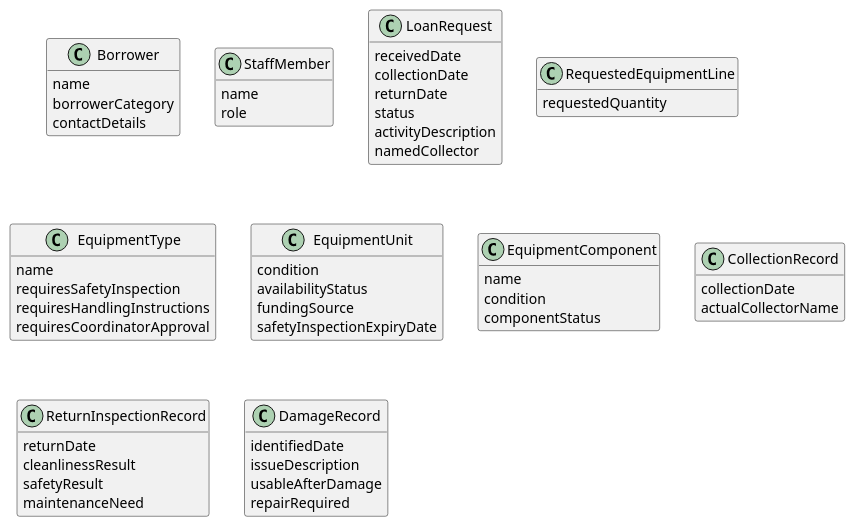
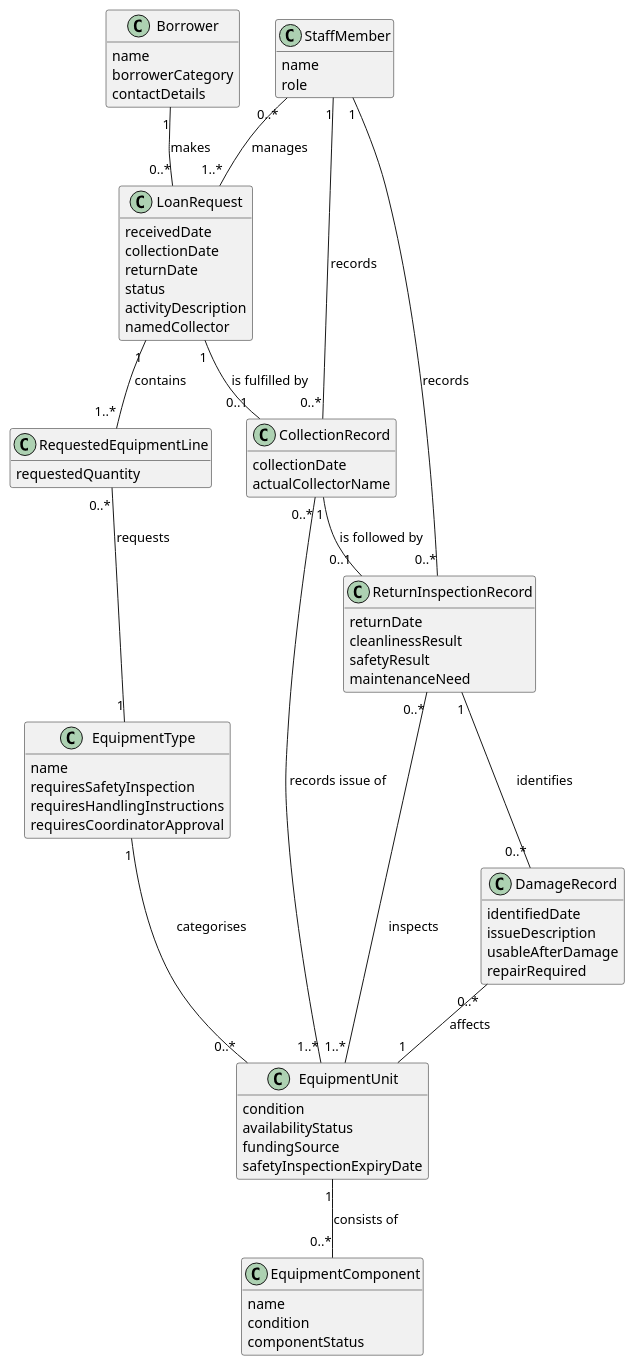
The diagram in ca1-analysis/diagrams/domain-model.puml (KaterynaKon/CA1-Community-Equipment), drawn with PlantUML before and after one commit. The commit also changed 2 other files, not shown here.

```diff
--- a/ca1-analysis/diagrams/domain-model.puml
+++ b/ca1-analysis/diagrams/domain-model.puml
@@ -1,68 +1,84 @@
 @startuml
+top to bottom direction
+
 skinparam classAttributeIconSize 0
 hide methods
 
 class Borrower {
   name
   borrowerCategory
   contactDetails
 }
 
 class StaffMember {
   name
   role
 }
 
 class LoanRequest {
   receivedDate
   collectionDate
   returnDate
   status
   activityDescription
   namedCollector
 }
 
 class RequestedEquipmentLine {
   requestedQuantity
 }
 
 class EquipmentType {
   name
   requiresSafetyInspection
   requiresHandlingInstructions
   requiresCoordinatorApproval
 }
 
 class EquipmentUnit {
   condition
   availabilityStatus
   fundingSource
   safetyInspectionExpiryDate
 }
 
 class EquipmentComponent {
   name
   condition
   componentStatus
 }
 
 class CollectionRecord {
   collectionDate
   actualCollectorName
 }
 
 class ReturnInspectionRecord {
   returnDate
   cleanlinessResult
   safetyResult
   maintenanceNeed
 }
 
 class DamageRecord {
   identifiedDate
   issueDescription
   usableAfterDamage
   repairRequired
 }
 
+Borrower "1" -- "0..*" LoanRequest : makes
+StaffMember "0..*" -- "1..*" LoanRequest : manages
+LoanRequest "1" -- "1..*" RequestedEquipmentLine : contains
+RequestedEquipmentLine "0..*" -- "1" EquipmentType : requests
+EquipmentType "1" -- "0..*" EquipmentUnit : categorises
+EquipmentUnit "1" -- "0..*" EquipmentComponent : consists of
+LoanRequest "1" -- "0..1" CollectionRecord : is fulfilled by
+StaffMember "1" -- "0..*" CollectionRecord : records
+CollectionRecord "0..*" -- "1..*" EquipmentUnit : records issue of
+CollectionRecord "1" -- "0..1" ReturnInspectionRecord : is followed by
+StaffMember "1" -- "0..*" ReturnInspectionRecord : records
+ReturnInspectionRecord "0..*" -- "1..*" EquipmentUnit : inspects
+ReturnInspectionRecord "1" -- "0..*" DamageRecord : identifies
+DamageRecord "0..*" -- "1" EquipmentUnit : affects
 @enduml
```
